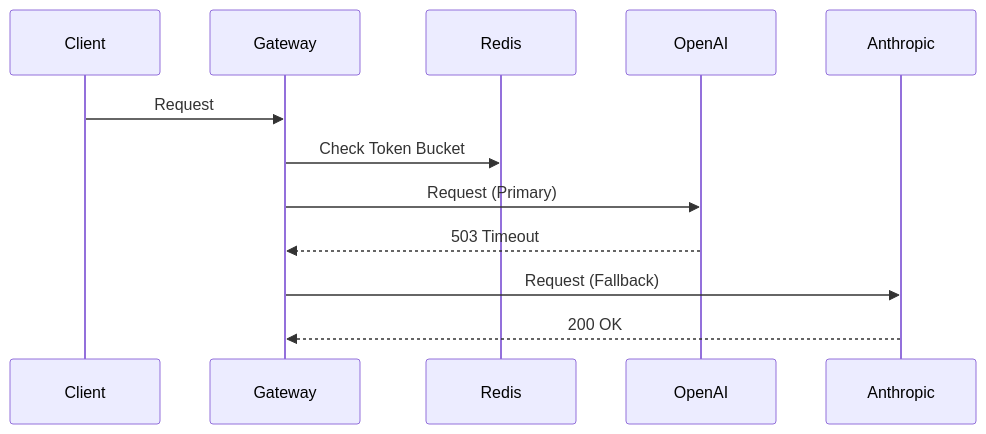
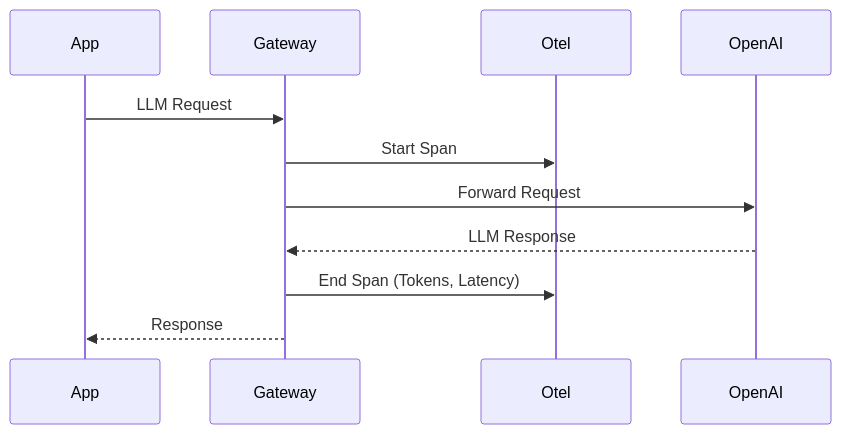
One commit to SumitDalavi/llm-gateway-observability changed the diagram in docs/architecture.md. Above: the diagram before and after it, drawn with Mermaid. The commit also changed other lines of this file and 1 other file, not shown here.

Commit message:
docs: implement detailed README and architecture docs

````diff
--- a/docs/architecture.md
+++ b/docs/architecture.md
@@ -6,9 +6,9 @@
 ```mermaid
 sequenceDiagram
-Client->>Gateway: Request
-Gateway->>Redis: Check Token Bucket
-Gateway->>OpenAI: Request (Primary)
-OpenAI-->>Gateway: 503 Timeout
-Gateway->>Anthropic: Request (Fallback)
-Anthropic-->>Gateway: 200 OK
+    App->>Gateway: LLM Request
+Gateway->>Otel: Start Span
+Gateway->>OpenAI: Forward Request
+OpenAI-->>Gateway: LLM Response
+Gateway->>Otel: End Span (Tokens, Latency)
+Gateway-->>App: Response
 ```
````
